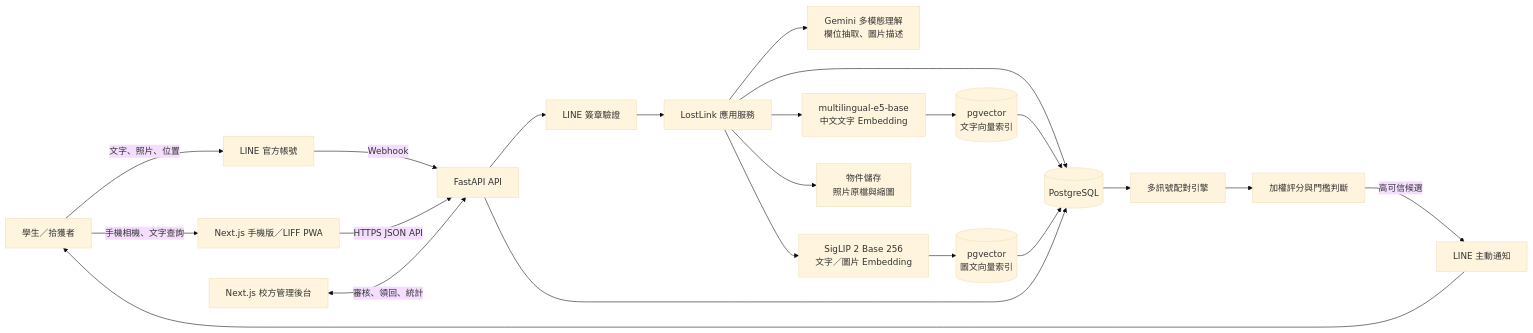
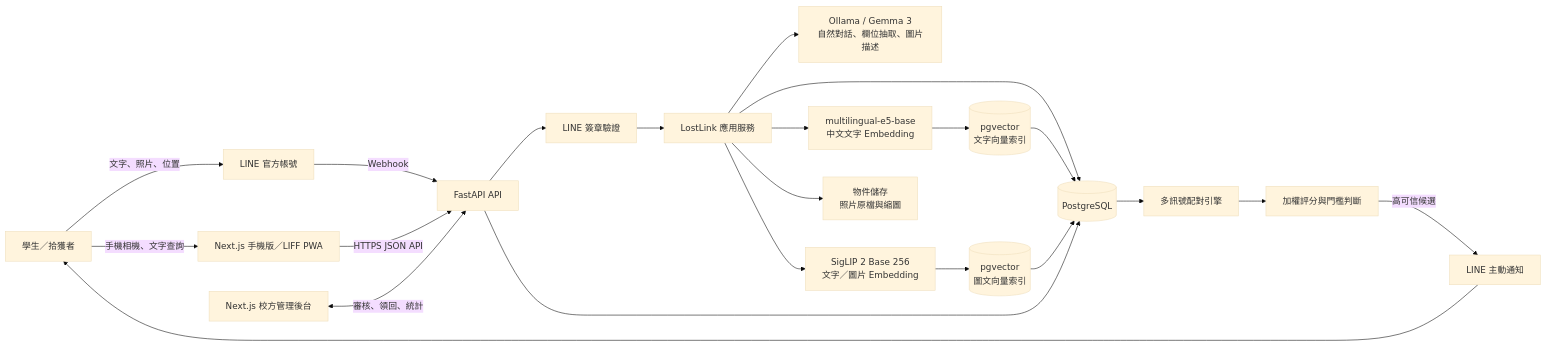
Before and after one commit to yian3690/LostLink: the first of 4 diagrams in README.md, drawn with Mermaid (base theme). The commit also changed other lines of this file and 26 other files, not shown here.

````diff
--- a/README.md
+++ b/README.md
@@ -18,27 +18,27 @@
 ```mermaid
 flowchart LR
     U[學生／拾獲者] -->|文字、照片、位置| LINE[LINE 官方帳號]
     U -->|手機相機、文字查詢| LIFF[Next.js 手機版／LIFF PWA]
     LINE -->|Webhook| API[FastAPI API]
     LIFF -->|HTTPS JSON API| API
     API --> VERIFY[LINE 簽章驗證]
     VERIFY --> APP[LostLink 應用服務]
 
-    APP --> GEMINI[Gemini 多模態理解<br/>欄位抽取、圖片描述]
+    APP --> GEMMA[Ollama / Gemma 3<br/>自然對話、欄位抽取、圖片描述]
     APP --> E5[multilingual-e5-base<br/>中文文字 Embedding]
     APP --> SIGLIP[SigLIP 2 Base 256<br/>文字／圖片 Embedding]
     APP --> OBJECT[物件儲存<br/>照片原檔與縮圖]
     APP --> DB[(PostgreSQL)]
     E5 --> VECTOR[(pgvector<br/>文字向量索引)]
     SIGLIP --> VECTOR2[(pgvector<br/>圖文向量索引)]
     VECTOR --> DB
     VECTOR2 --> DB
 
     DB --> MATCH[多訊號配對引擎]
     MATCH --> RANK[加權評分與門檻判斷]
     RANK -->|高可信候選| PUSH[LINE 主動通知]
     PUSH --> U
 
     ADMIN[Next.js 校方管理後台] <-->|審核、領回、統計| API
     API --> DB
 ```
````
